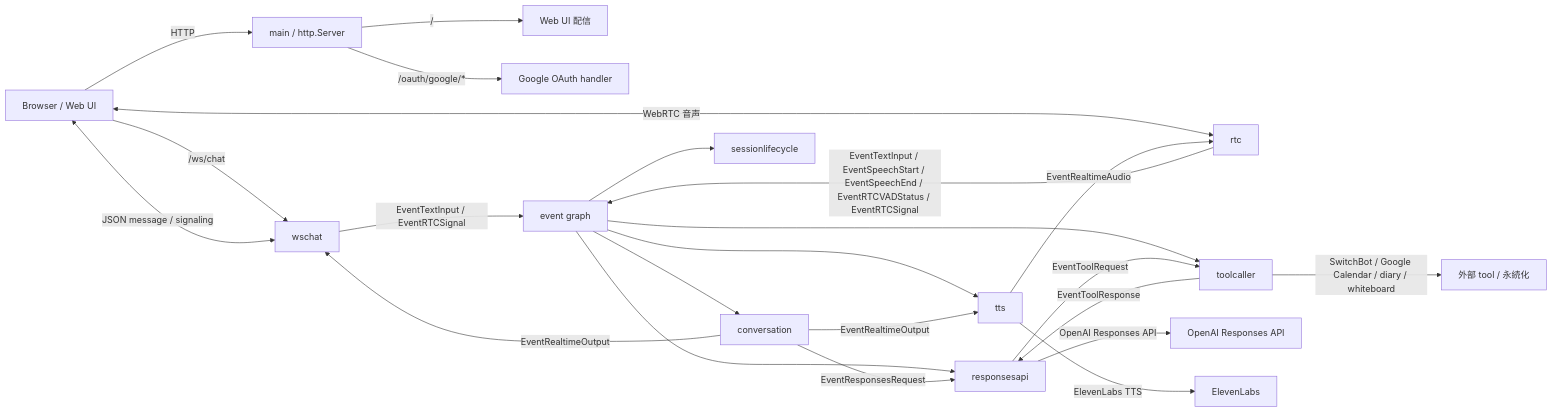
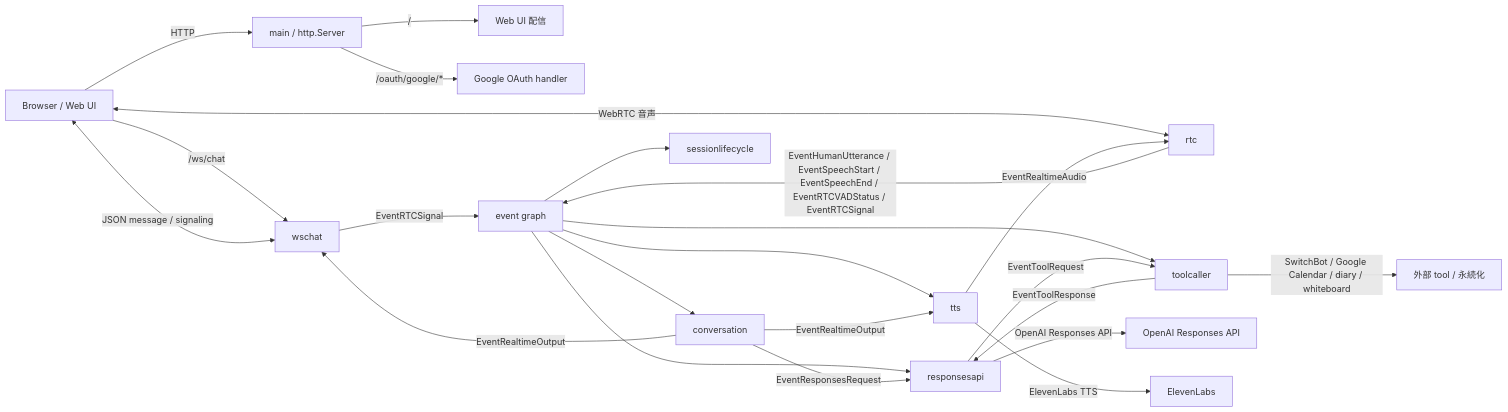
The first of 2 diagrams in docs/architecture.md (tetetratra/smart-speaker), drawn with Mermaid before and after one commit. The commit also changed other lines of this file and 15 other files, not shown here.

````diff
--- a/docs/architecture.md
+++ b/docs/architecture.md
@@ -9,27 +9,27 @@
 ```mermaid
 flowchart LR
   Browser["Browser / Web UI"] -->|HTTP| HTTP["main / http.Server"]
   HTTP -->|/| Static["Web UI 配信"]
   HTTP -->|/oauth/google/*| OAuth["Google OAuth handler"]
   Browser -->|/ws/chat| WS["wschat"]
   Browser <-->|WebRTC 音声| RTC["rtc"]
   WS <-->|JSON message / signaling| Browser
 
-  WS -->|EventTextInput / EventRTCSignal| Graph["event graph"]
-  RTC -->|EventTextInput / EventSpeechStart / EventSpeechEnd / EventRTCVADStatus / EventRTCSignal| Graph
+  WS -->|EventRTCSignal| Graph["event graph"]
+  RTC -->|EventHumanUtterance / EventSpeechStart / EventSpeechEnd / EventRTCVADStatus / EventRTCSignal| Graph
   Graph --> CONV["conversation"]
   Graph --> LIFE["sessionlifecycle"]
   Graph --> RESP["responsesapi"]
   Graph --> TOOL["toolcaller"]
   Graph --> TTS["tts"]
 
   CONV -->|EventResponsesRequest| RESP
   RESP -->|OpenAI Responses API| OpenAI["OpenAI Responses API"]
   RESP -->|EventToolRequest| TOOL
   TOOL -->|SwitchBot / Google Calendar / diary / whiteboard| Ext["外部 tool / 永続化"]
   TOOL -->|EventToolResponse| RESP
   CONV -->|EventRealtimeOutput| TTS
   TTS -->|ElevenLabs TTS| ElevenLabs["ElevenLabs"]
   TTS -->|EventRealtimeAudio| RTC
   CONV -->|EventRealtimeOutput| WS
 ```
````
